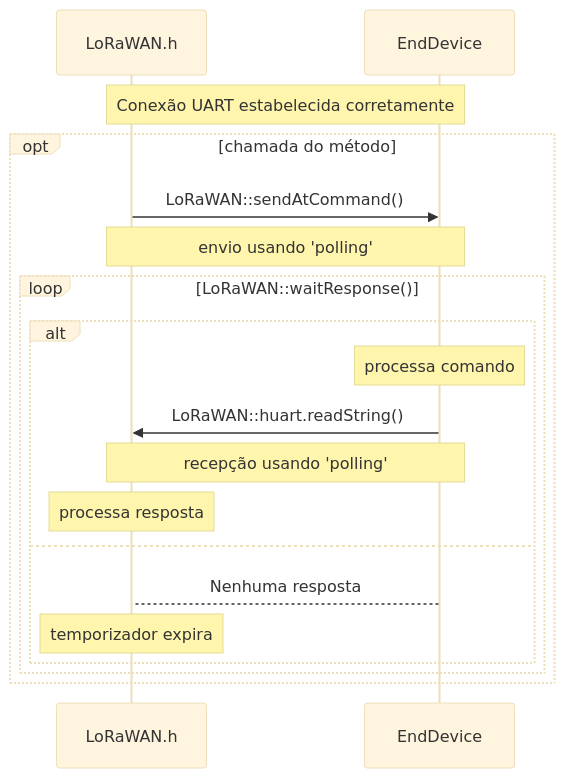
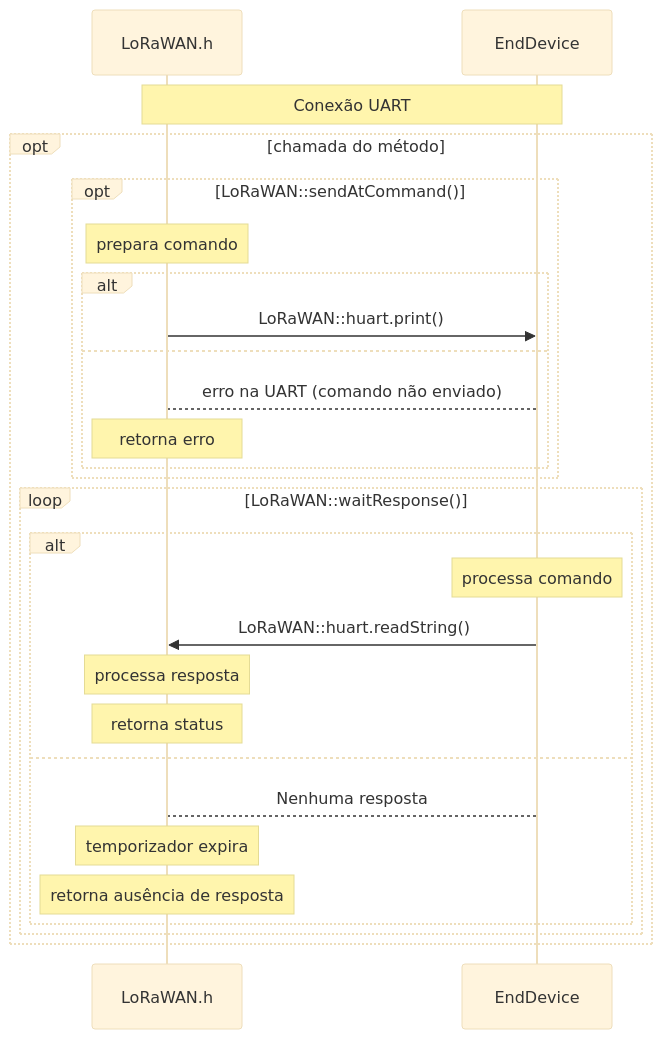
The ninth of 9 diagrams in README.md (niloedson/typora-softdoc-encosis-2022), drawn with Mermaid (base theme) before and after one commit. The commit also changed other lines of this file and 1 other file, not shown here.

````diff
--- a/README.md
+++ b/README.md
@@ -736,21 +694,30 @@
 ```mermaid
 sequenceDiagram
 
-Note over LoRaWAN.h, EndDevice : Conexão UART estabelecida corretamente
+Note over LoRaWAN.h, EndDevice : Conexão UART
 opt chamada do método
-    LoRaWAN.h ->> EndDevice : LoRaWAN::sendAtCommand()
-    Note over LoRaWAN.h, EndDevice : envio usando 'polling'
+	
+	opt LoRaWAN::sendAtCommand()
+		Note over LoRaWAN.h : prepara comando
+		alt
+			LoRaWAN.h ->> EndDevice : LoRaWAN::huart.print()
+		else
+			EndDevice --> LoRaWAN.h : erro na UART (comando não enviado)
+			Note over LoRaWAN.h : retorna erro
+		end
+	end
 
     loop LoRaWAN::waitResponse()
         alt
         	Note over EndDevice : processa comando
             EndDevice ->> LoRaWAN.h : LoRaWAN::huart.readString()
-            Note over LoRaWAN.h, EndDevice : recepção usando 'polling'
             Note over LoRaWAN.h : processa resposta
+            Note over LoRaWAN.h : retorna status
         else
             EndDevice --> LoRaWAN.h : Nenhuma resposta
             Note over LoRaWAN.h : temporizador expira
+            Note over LoRaWAN.h : retorna ausência de resposta
         end
     end
 end
 ```
````
